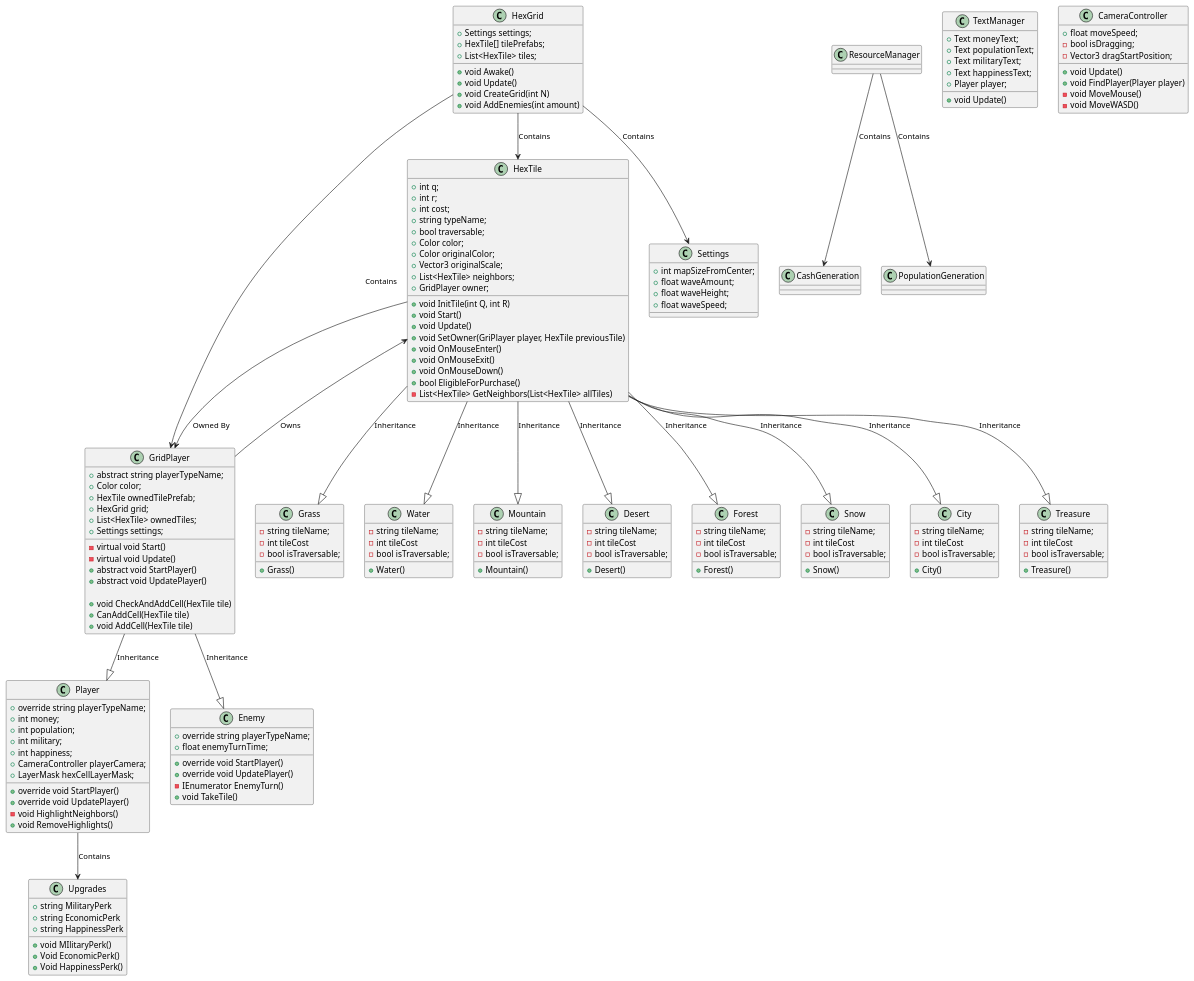
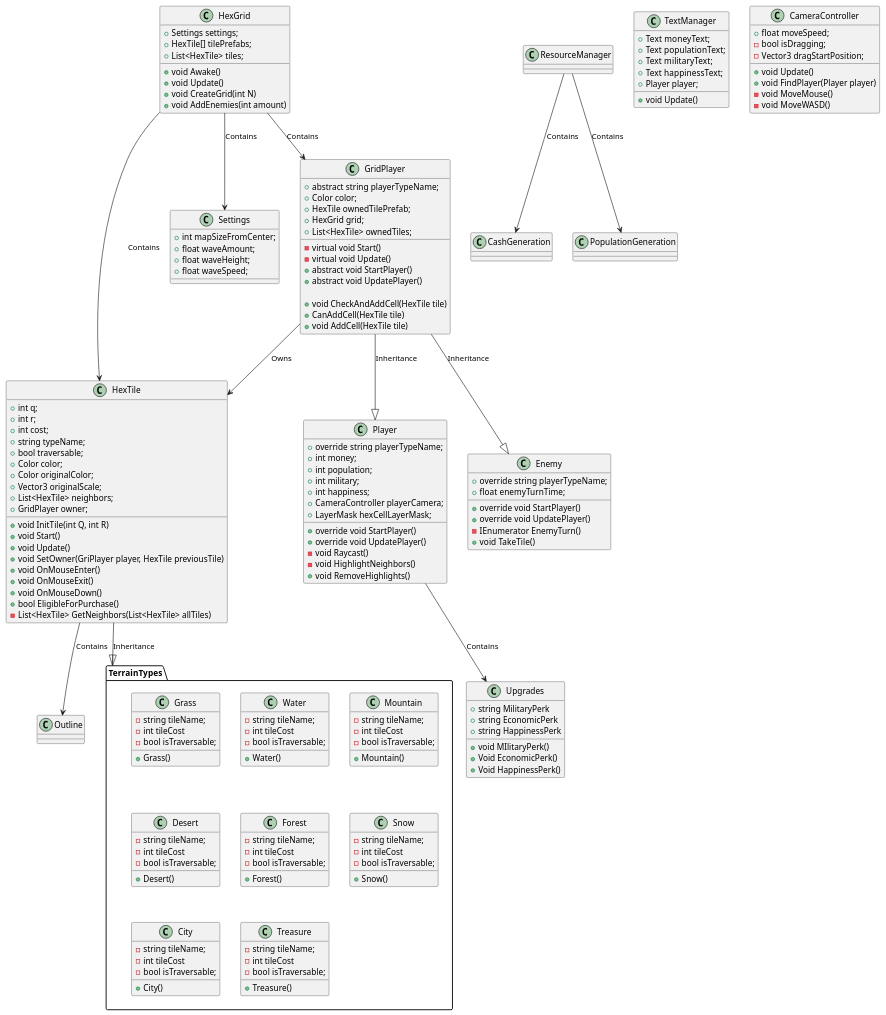
The diagram in Game.puml (Hamsterbil/Exam-Game), drawn with PlantUML before and after one commit. The commit also changed 8 other files, not shown here.

```diff
--- a/Game.puml
+++ b/Game.puml
@@ -3,20 +3,13 @@
 HexGrid --> HexTile : Contains
 HexGrid --> Settings : Contains
 HexGrid --> GridPlayer : Contains
-HexTile --> GridPlayer : Owned By
 GridPlayer --> HexTile : Owns
 GridPlayer --|> Player : Inheritance
 GridPlayer --|> Enemy : Inheritance
 Player --> Upgrades : Contains
 
-HexTile --|> Grass : Inheritance
-HexTile --|> Water : Inheritance
-HexTile --|> Mountain : Inheritance
-HexTile --|> Desert : Inheritance
-HexTile --|> Forest : Inheritance
-HexTile --|> Snow : Inheritance
-HexTile --|> City : Inheritance
-HexTile --|> Treasure : Inheritance
+HexTile --|> TerrainTypes : Inheritance
+HexTile --> Outline : Contains
 
 ResourceManager --> CashGeneration : Contains
 ResourceManager --> PopulationGeneration : Contains
@@ -57,76 +50,79 @@
     -List<HexTile> GetNeighbors(List<HexTile> allTiles)
 }
 
-class Grass
+package "TerrainTypes"
 {
-    -string tileName;
-    -int tileCost
-    -bool isTraversable;
+    class Grass
+    {
+        -string tileName;
+        -int tileCost
+        -bool isTraversable;
 
-    +Grass()
-}
+        +Grass()
+    }
 
-class Water
-{
-    -string tileName;
-    -int tileCost
-    -bool isTraversable;
+    class Water
+    {
+        -string tileName;
+        -int tileCost
+        -bool isTraversable;
 
-    +Water()
-}
+        +Water()
+    }
 
-class Mountain
-{
-    -string tileName;
-    -int tileCost
-    -bool isTraversable;
+    class Mountain
+    {
+        -string tileName;
+        -int tileCost
+        -bool isTraversable;
 
-    +Mountain()
-}
+        +Mountain()
+    }
 
-class Desert
-{
-    -string tileName;
-    -int tileCost
-    -bool isTraversable;
+    class Desert
+    {
+        -string tileName;
+        -int tileCost
+        -bool isTraversable;
 
-    +Desert()
-}
+        +Desert()
+    }
 
-class Forest
-{
-    -string tileName;
-    -int tileCost
-    -bool isTraversable;
+    class Forest
+    {
+        -string tileName;
+        -int tileCost
+        -bool isTraversable;
 
-    +Forest()
-}
+        +Forest()
+    }
 
-class Snow
-{
-    -string tileName;
-    -int tileCost
-    -bool isTraversable;
+    class Snow
+    {
+        -string tileName;
+        -int tileCost
+        -bool isTraversable;
 
-    +Snow()
-}
+        +Snow()
+    }
 
-class City
-{
-    -string tileName;
-    -int tileCost
-    -bool isTraversable;
+    class City
+    {
+        -string tileName;
+        -int tileCost
+        -bool isTraversable;
 
-    +City()
-}
+        +City()
+    }
 
-class Treasure
-{
-    -string tileName;
-    -int tileCost
-    -bool isTraversable;
+    class Treasure
+    {
+        -string tileName;
+        -int tileCost
+        -bool isTraversable;
 
-    +Treasure()
+        +Treasure()
+    }
 }
 
 class GridPlayer
@@ -136,7 +132,6 @@
     +HexTile ownedTilePrefab;
     +HexGrid grid;
     +List<HexTile> ownedTiles;
-    +Settings settings;
 
     -virtual void Start()
     -virtual void Update()
@@ -160,6 +155,7 @@
 
     +override void StartPlayer()
     +override void UpdatePlayer()
+    -void Raycast()
     -void HighlightNeighbors()
     +void RemoveHighlights()
 }
@@ -232,4 +228,9 @@
     -void MoveWASD()
 }
 
+class Outline
+{
+
+}
+
 @enduml
```
